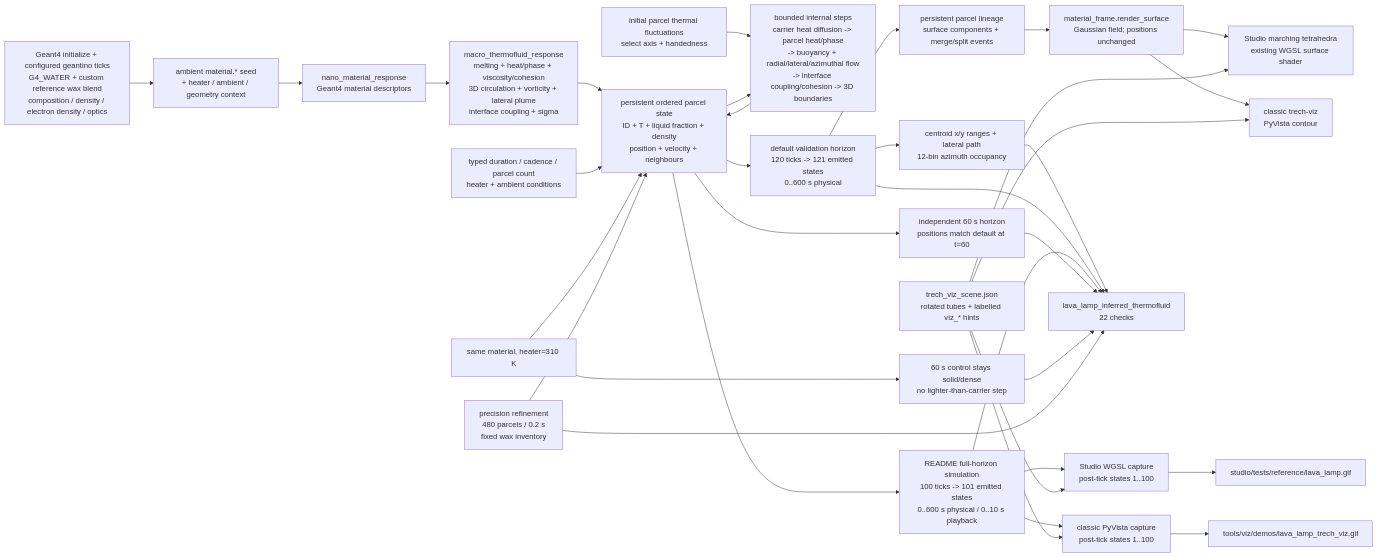
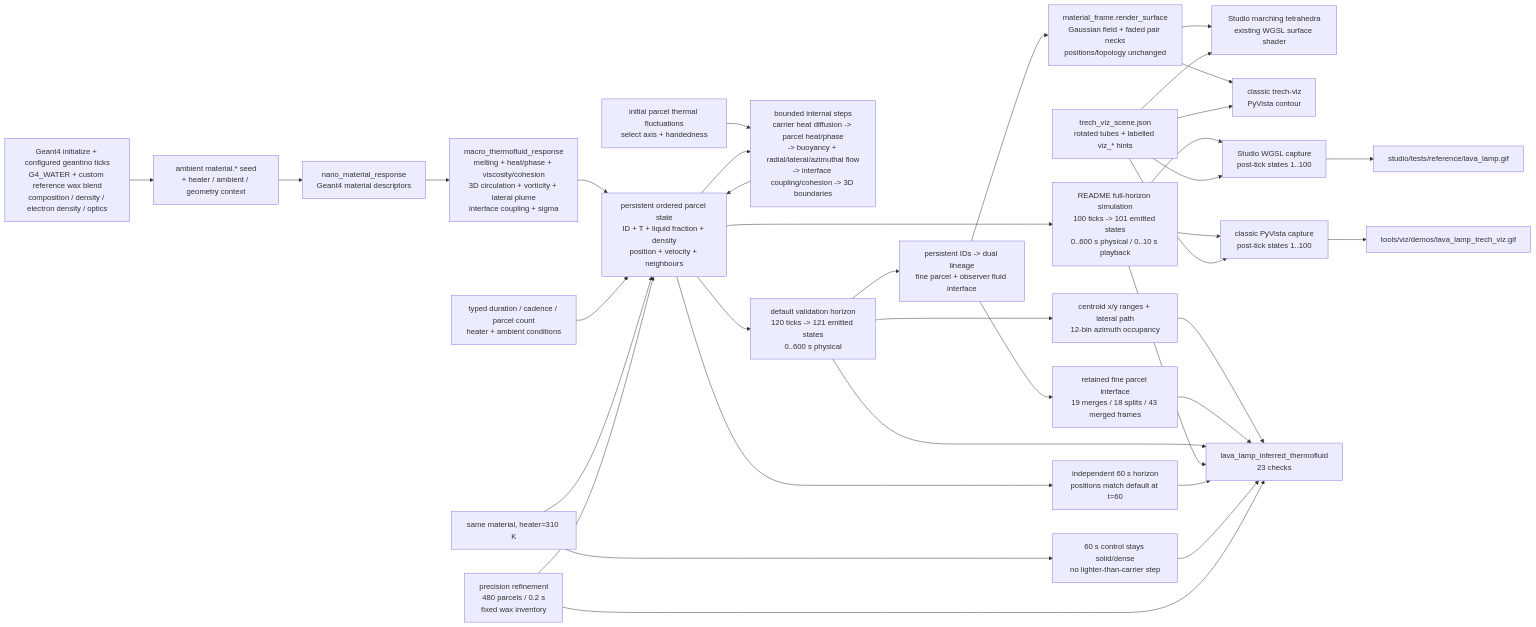
One commit to Geckos-Ink/trech changed diagram 14 of 24 in CHARTS.md. Above: the diagram before and after it, drawn with Mermaid. The commit also changed other lines of this file and 26 other files, not shown here.

Commit message:
fix: render continuous lava necking

````diff
--- a/CHARTS.md
+++ b/CHARTS.md
@@ -306,36 +306,38 @@
 ```mermaid
 flowchart LR
   G4["Geant4 initialize + configured geantino ticks\nG4_WATER + custom reference wax blend\ncomposition / density / electron density / optics"] --> SEED["ambient material.* seed\n+ heater / ambient / geometry context"]
   SEED --> NANO["nano_material_response\nGeant4 material descriptors"]
   NANO --> MACRO["macro_thermofluid_response\nmelting + heat/phase + viscosity/cohesion\n3D circulation + vorticity + lateral plume\ninterface coupling + sigma"]
   MACRO --> STATE["persistent ordered parcel state\nID + T + liquid fraction + density\nposition + velocity + neighbours"]
   PARAM["typed duration / cadence / parcel count\nheater + ambient conditions"] --> STATE
   MICROSTATE["initial parcel thermal fluctuations\nselect axis + handedness"] --> STEP
   STATE --> STEP["bounded internal steps\ncarrier heat diffusion -> parcel heat/phase\n-> buoyancy + radial/lateral/azimuthal flow\n-> interface coupling/cohesion -> 3D boundaries"]
   STEP --> STATE
   STATE --> DEFAULT["default validation horizon\n120 ticks -> 121 emitted states\n0..600 s physical"]
   STATE --> README["README full-horizon simulation\n100 ticks -> 101 emitted states\n0..600 s physical / 0..10 s playback"]
   STATE --> HORIZON["independent 60 s horizon\npositions match default at t=60"]
   CONTROL["same material, heater=310 K"] --> STATE
   CONTROL --> COOL["60 s control stays solid/dense\nno lighter-than-carrier step"]
   PRECISION["precision refinement\n480 parcels / 0.2 s\nfixed wax inventory"] --> STATE
-  DEFAULT --> LINEAGE["persistent parcel lineage\nsurface components + merge/split events"]
-  LINEAGE --> SURFACE["material_frame.render_surface\nGaussian field; positions unchanged"]
+  DEFAULT --> LINEAGE["persistent IDs -> dual lineage\nfine parcel + observer fluid interface"]
+  LINEAGE --> PARCEL["retained fine parcel interface\n19 merges / 18 splits / 43 merged frames"]
+  LINEAGE --> SURFACE["material_frame.render_surface\nGaussian field + faded pair necks\npositions/topology unchanged"]
   SURFACE --> STUDIO["Studio marching tetrahedra\nexisting WGSL surface shader"]
   SURFACE --> CLASSIC["classic trech-viz\nPyVista contour"]
   README --> STUDIOGIF["Studio WGSL capture\npost-tick states 1..100"]
   README --> CLASSICGIF["classic PyVista capture\npost-tick states 1..100"]
   SCENE["trech_viz_scene.json\nrotated tubes + labelled viz_* hints"] --> STUDIO
   SCENE --> CLASSIC
   SCENE --> STUDIOGIF
   SCENE --> CLASSICGIF
   STUDIOGIF --> SGIF["studio/tests/reference/lava_lamp.gif"]
   CLASSICGIF --> CGIF["tools/viz/demos/lava_lamp_trech_viz.gif"]
   DEFAULT --> VOLUME["centroid x/y ranges + lateral path\n12-bin azimuth occupancy"]
-  VOLUME --> VAL["lava_lamp_inferred_thermofluid\n22 checks"]
+  VOLUME --> VAL["lava_lamp_inferred_thermofluid\n23 checks"]
+  PARCEL --> VAL
   DEFAULT --> VAL
   README --> VAL
   HORIZON --> VAL
   COOL --> VAL
   PRECISION --> VAL
 ```
````
